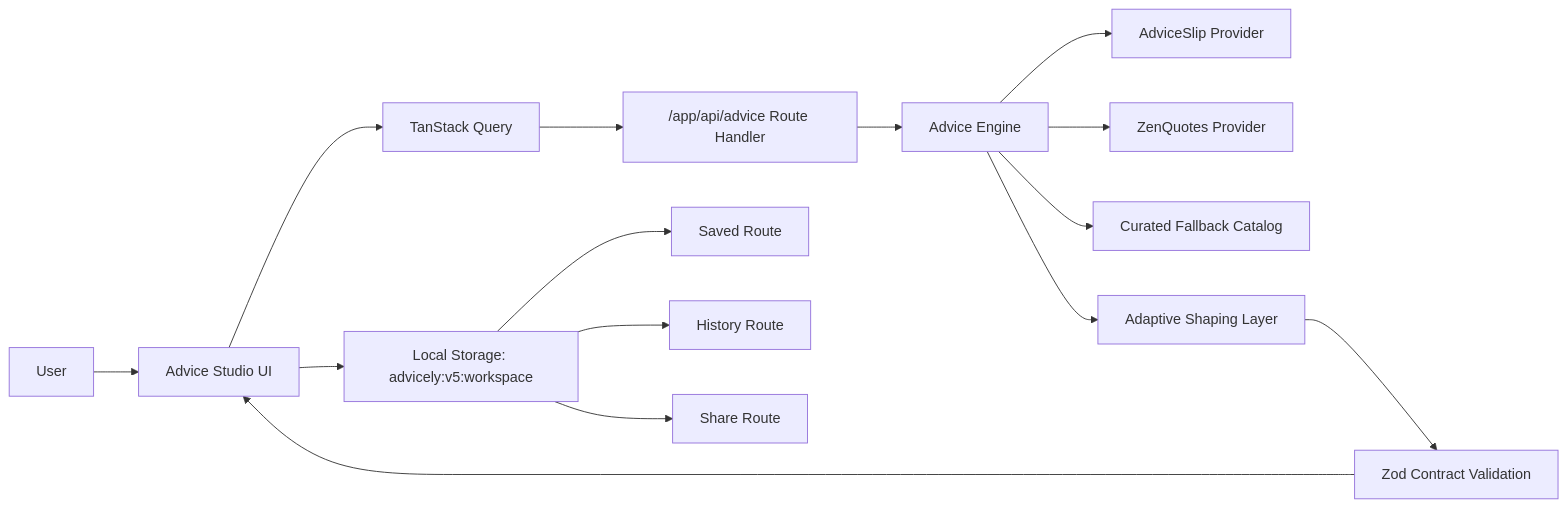
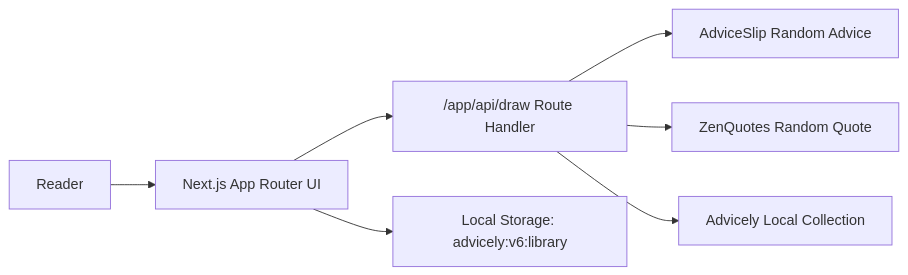
Before and after one commit to AibSyed/advicely: the diagram in README.md, drawn with Mermaid. The commit also changed other lines of this file and 52 other files, not shown here.

Commit message:
rebuild advicely as an honesty-first draw deck (#17)

````diff
--- a/README.md
+++ b/README.md
@@ -12,17 +14,9 @@
 ```mermaid
 flowchart LR
-  U["User"] --> UI["Advice Studio UI"]
-  UI --> Q["TanStack Query"]
-  Q --> RH["/app/api/advice Route Handler"]
-  RH --> EN["Advice Engine"]
-  EN --> P1["AdviceSlip Provider"]
-  EN --> P2["ZenQuotes Provider"]
-  EN --> FB["Curated Fallback Catalog"]
-  EN --> SH["Adaptive Shaping Layer"]
-  SH --> ZD["Zod Contract Validation"]
-  ZD --> UI
-  UI --> LS["Local Storage: advicely:v5:workspace"]
-  LS --> SV["Saved Route"]
-  LS --> HS["History Route"]
-  LS --> SR["Share Route"]
+  U["Reader"] --> UI["Next.js App Router UI"]
+  UI --> API["/app/api/draw Route Handler"]
+  API --> AS["AdviceSlip Random Advice"]
+  API --> ZQ["ZenQuotes Random Quote"]
+  API --> LC["Advicely Local Collection"]
+  UI --> LS["Local Storage: advicely:v6:library"]
 ```
````
